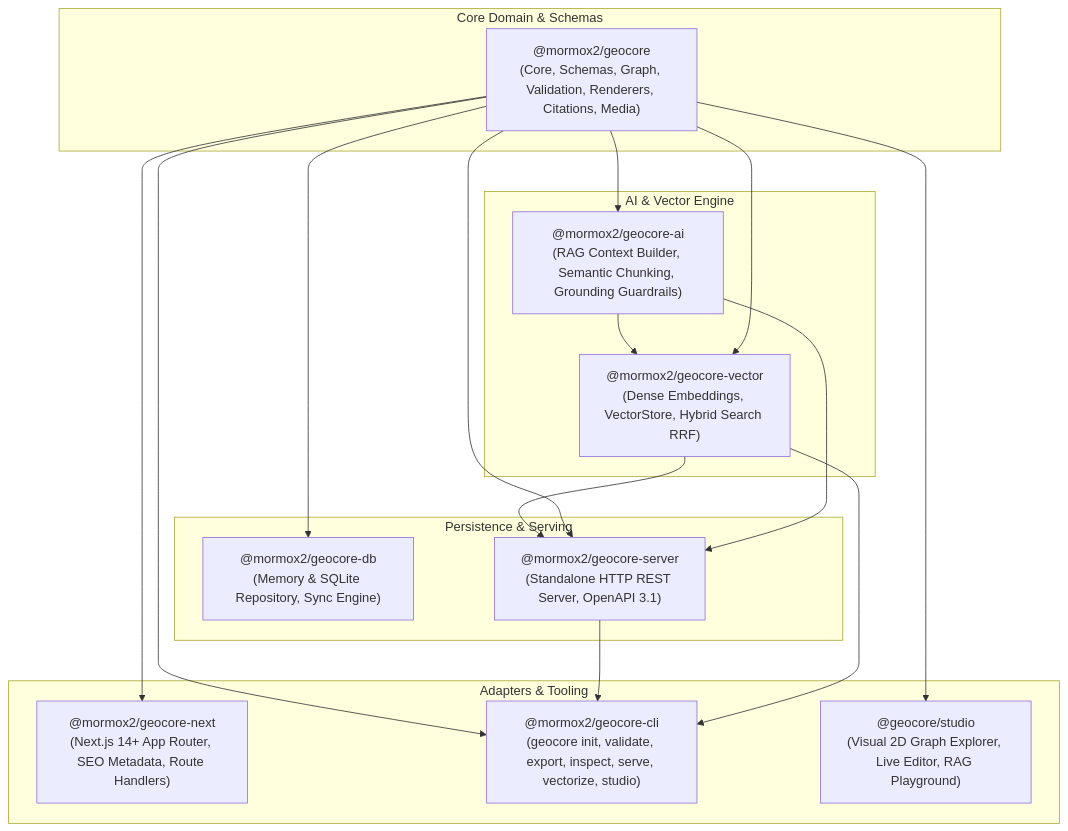
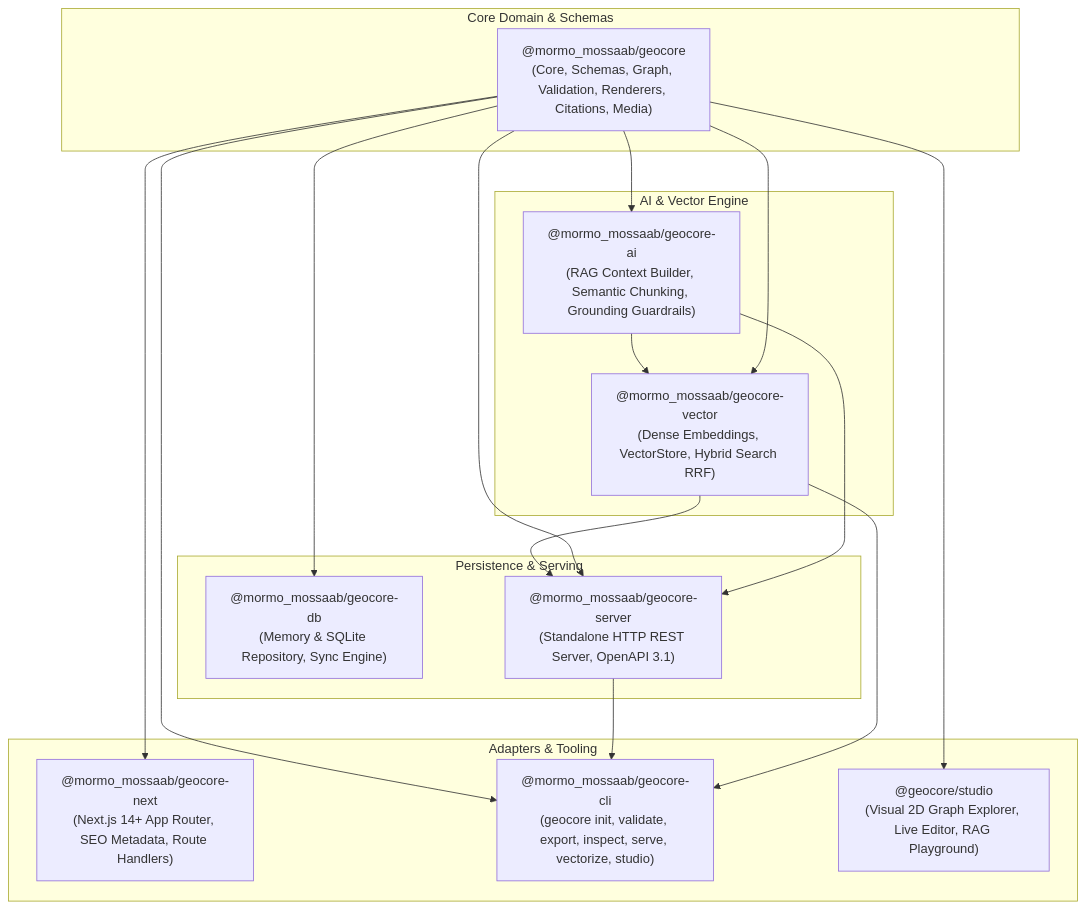
Before and after one commit to mormox2/GeoCore: the first of 2 diagrams in docs/ARCHITECTURE_OVERVIEW.md, drawn with Mermaid. The commit also changed other lines of this file and 116 other files, not shown here.

Commit message:
chore(packages): update npm scope from @mormox2 to @mormo_mossaab

````diff
--- a/docs/ARCHITECTURE_OVERVIEW.md
+++ b/docs/ARCHITECTURE_OVERVIEW.md
@@ -9,35 +9,35 @@
 ```mermaid
 graph TD
     subgraph Core Domain & Schemas
-        GC["@mormox2/geocore<br/>(Core, Schemas, Graph, Validation, Renderers, Citations, Media)"]
+        GC["@mormo_mossaab/geocore<br/>(Core, Schemas, Graph, Validation, Renderers, Citations, Media)"]
     end
 
     subgraph AI & Vector Engine
-        AI["@mormox2/geocore-ai<br/>(RAG Context Builder, Semantic Chunking, Grounding Guardrails)"]
-        VEC["@mormox2/geocore-vector<br/>(Dense Embeddings, VectorStore, Hybrid Search RRF)"]
+        AI["@mormo_mossaab/geocore-ai<br/>(RAG Context Builder, Semantic Chunking, Grounding Guardrails)"]
+        VEC["@mormo_mossaab/geocore-vector<br/>(Dense Embeddings, VectorStore, Hybrid Search RRF)"]
     end
 
     subgraph Persistence & Serving
-        DB["@mormox2/geocore-db<br/>(Memory & SQLite Repository, Sync Engine)"]
-        SRV["@mormox2/geocore-server<br/>(Standalone HTTP REST Server, OpenAPI 3.1)"]
+        DB["@mormo_mossaab/geocore-db<br/>(Memory & SQLite Repository, Sync Engine)"]
+        SRV["@mormo_mossaab/geocore-server<br/>(Standalone HTTP REST Server, OpenAPI 3.1)"]
     end
 
     subgraph Adapters & Tooling
-        NEXT["@mormox2/geocore-next<br/>(Next.js 14+ App Router, SEO Metadata, Route Handlers)"]
-        CLI["@mormox2/geocore-cli<br/>(geocore init, validate, export, inspect, serve, vectorize, studio)"]
+        NEXT["@mormo_mossaab/geocore-next<br/>(Next.js 14+ App Router, SEO Metadata, Route Handlers)"]
+        CLI["@mormo_mossaab/geocore-cli<br/>(geocore init, validate, export, inspect, serve, vectorize, studio)"]
         STUDIO["@geocore/studio<br/>(Visual 2D Graph Explorer, Live Editor, RAG Playground)"]
     end
 
     GC --> AI
     GC --> DB
     GC --> NEXT
     GC --> CLI
     AI --> VEC
     GC --> VEC
     VEC --> SRV
     GC --> SRV
     AI --> SRV
     SRV --> CLI
     VEC --> CLI
     GC --> STUDIO
 ```
````
